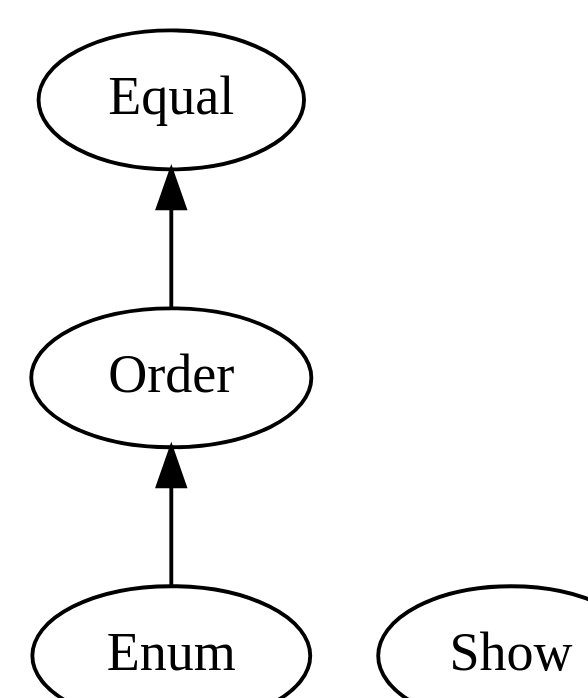
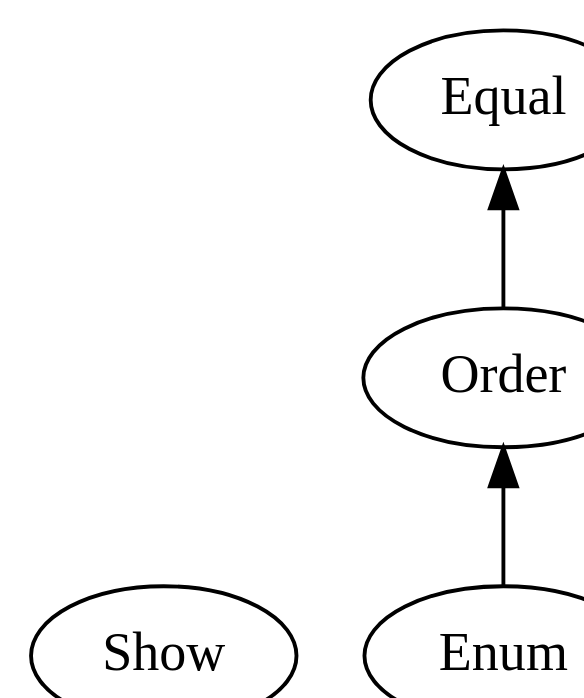
The sixth of 10 diagrams in manuscript/book.org (fommil/fpmortals), drawn with Graphviz before and after one commit. The commit also changed other lines of this file and 5 other files, not shown here.

```diff
--- a/manuscript/book.org
+++ b/manuscript/book.org
@@ -3347,11 +3342,10 @@
 #+BEGIN_SRC dot :file images/scalaz-comparable.png :exports results
 digraph G {
     graph [dpi=100, rankdir=BT];
     node [fontname=Hack];
 
-    Equal
-    Show
-    Order -> Equal
-    Enum -> Order
+    Show;
+    Order -> Equal;
+    Enum -> Order;
 }
 #+END_SRC
```
